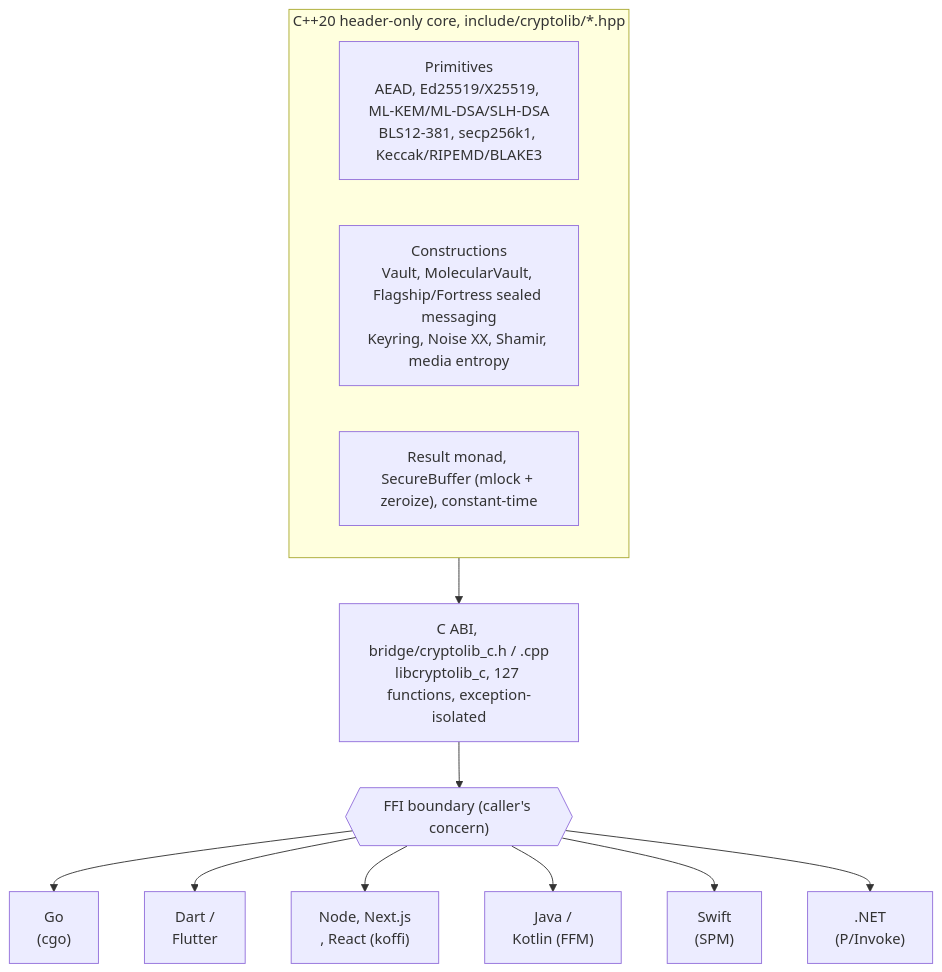
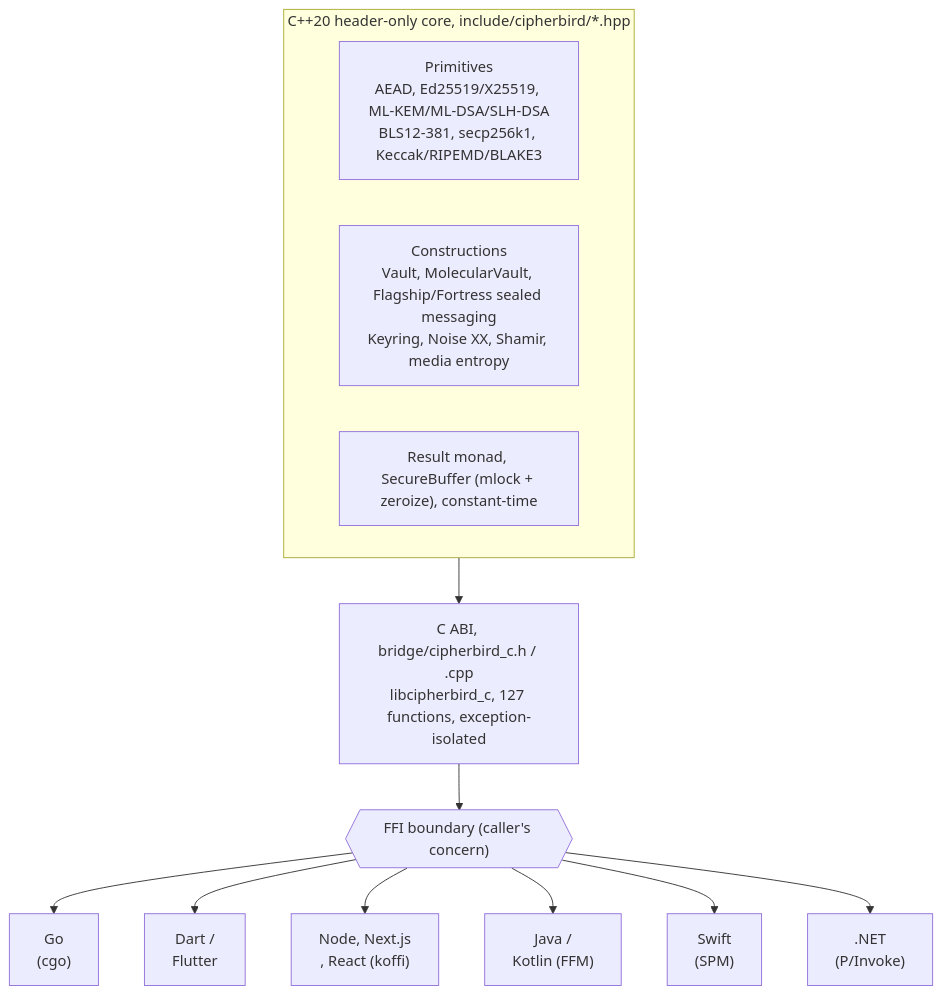
Before and after one commit to Crdzbird/CipherBird: the first of 2 diagrams in README.md, drawn with Mermaid. The commit also changed other lines of this file and 771 other files, not shown here.

````diff
--- a/README.md
+++ b/README.md
@@ -158,16 +158,16 @@
 ```mermaid
 flowchart TB
-  subgraph core["C++20 header-only core, include/cryptolib/*.hpp"]
+  subgraph core["C++20 header-only core, include/cipherbird/*.hpp"]
     prim["Primitives<br/>AEAD, Ed25519/X25519, ML-KEM/ML-DSA/SLH-DSA<br/>BLS12-381, secp256k1, Keccak/RIPEMD/BLAKE3"]
     hl["Constructions<br/>Vault, MolecularVault, Flagship/Fortress sealed messaging<br/>Keyring, Noise XX, Shamir, media entropy"]
     safe["Result monad, SecureBuffer (mlock + zeroize), constant-time"]
   end
-  core --> abi["C ABI, bridge/cryptolib_c.h / .cpp<br/>libcryptolib_c, 127 functions, exception-isolated"]
+  core --> abi["C ABI, bridge/cipherbird_c.h / .cpp<br/>libcipherbird_c, 127 functions, exception-isolated"]
   abi --> ffi{{"FFI boundary (caller's concern)"}}
   ffi --> go["Go<br/>(cgo)"]
   ffi --> dart["Dart /<br/>Flutter"]
   ffi --> node["Node, Next.js<br/>, React (koffi)"]
   ffi --> jvm["Java /<br/>Kotlin (FFM)"]
   ffi --> swift["Swift<br/>(SPM)"]
   ffi --> net[".NET<br/>(P/Invoke)"]
 ```
````
